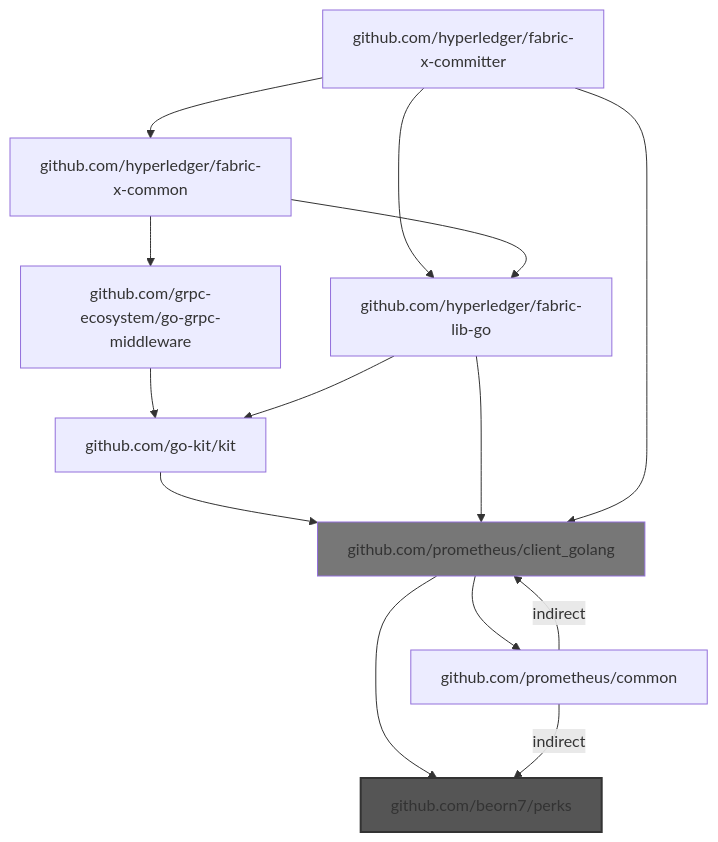
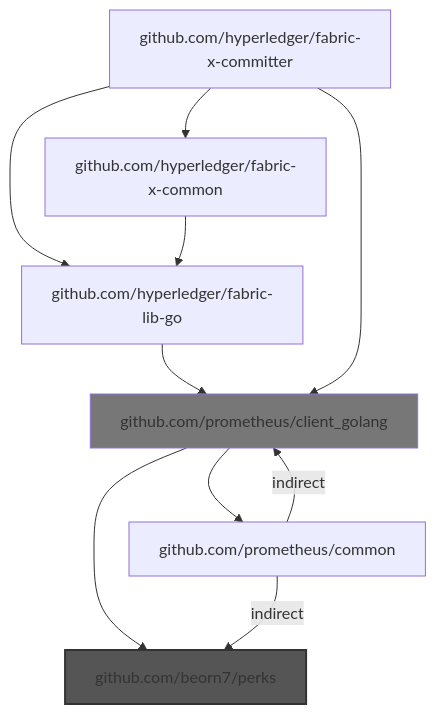
The second of 18 diagrams in bad-imports-analysis.md (liran-funaro/fabric-x-committer), drawn with Mermaid before and after one commit. The commit also changed other lines of this file and 1 other file, not shown here.

````diff
--- a/bad-imports-analysis.md
+++ b/bad-imports-analysis.md
@@ -48,18 +25,14 @@
 ```mermaid
 graph TD
-    github.com/go-kit/kit --> github.com/prometheus/client_golang
-    github.com/grpc-ecosystem/go-grpc-middleware --> github.com/go-kit/kit
-    github.com/hyperledger/fabric-lib-go --> github.com/go-kit/kit
     github.com/hyperledger/fabric-lib-go --> github.com/prometheus/client_golang
     github.com/hyperledger/fabric-x-committer --> github.com/hyperledger/fabric-lib-go
     github.com/hyperledger/fabric-x-committer --> github.com/hyperledger/fabric-x-common
     github.com/hyperledger/fabric-x-committer --> github.com/prometheus/client_golang
-    github.com/hyperledger/fabric-x-common --> github.com/grpc-ecosystem/go-grpc-middleware
     github.com/hyperledger/fabric-x-common --> github.com/hyperledger/fabric-lib-go
     github.com/prometheus/client_golang --> github.com/beorn7/perks
     github.com/prometheus/client_golang --> github.com/prometheus/common
     github.com/prometheus/common -->|indirect| github.com/beorn7/perks
     github.com/prometheus/common -->|indirect| github.com/prometheus/client_golang
     style github.com/beorn7/perks fill:#555,stroke:#333,stroke-width:2px
     style github.com/prometheus/client_golang fill:#777
 ```
````
